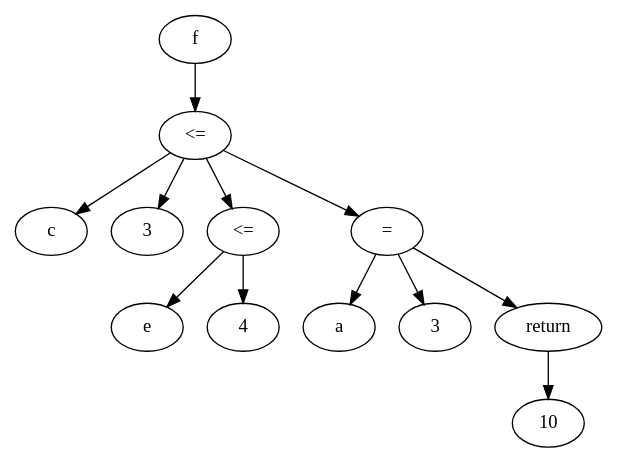
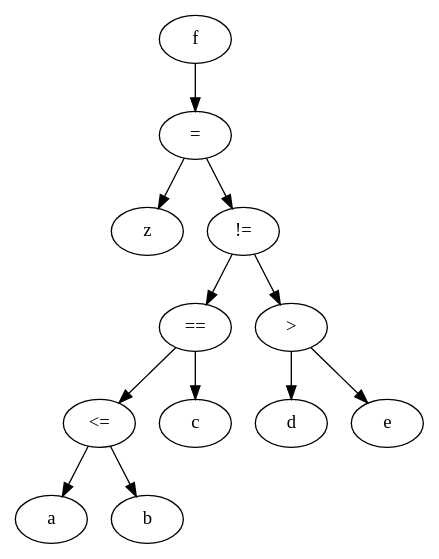
The diagram in etapa3/saida.dot (froestiago/compiladores), drawn with Graphviz before and after one commit. The commit also changed 10 other files, not shown here.

```diff
--- a/etapa3/saida.dot
+++ b/etapa3/saida.dot
@@ -1,25 +1,25 @@
 digraph grafo {
-  140700909852992 [ label="f" ];
-  140700909852992 -> 140700910895248;
-  140700910895248 [ label="<=" ];
-  140700910895248 -> 140700910895280;
-  140700910895280 [ label="c" ];
-  140700910895248 -> 140700909852960;
-  140700909852960 [ label="3" ];
-  140700910895248 -> 140700909853136;
-  140700909853136 [ label="<=" ];
-  140700909853136 -> 140700909853168;
-  140700909853168 [ label="e" ];
-  140700909853136 -> 140700909853088;
-  140700909853088 [ label="4" ];
-  140700910895248 -> 140700910895440;
-  140700910895440 [ label="=" ];
-  140700910895440 -> 140700910895472;
-  140700910895472 [ label="a" ];
-  140700910895440 -> 140700910895392;
-  140700910895392 [ label="3" ];
-  140700910895440 -> 140700910895600;
-  140700910895600 [ label="return" ];
-  140700910895600 -> 140700910895552;
-  140700910895552 [ label="10" ];
+  140510447551328 [ label="f" ];
+  140510447551328 -> 140510447551232;
+  140510447551232 [ label="=" ];
+  140510447551232 -> 140510447551264;
+  140510447551264 [ label="z" ];
+  140510447551232 -> 140510447551184;
+  140510447551184 [ label="!=" ];
+  140510447551184 -> 140510447550960;
+  140510447550960 [ label="==" ];
+  140510447550960 -> 140510447550848;
+  140510447550848 [ label="<=" ];
+  140510447550848 -> 140510447550752;
+  140510447550752 [ label="a" ];
+  140510447550848 -> 140510447550816;
+  140510447550816 [ label="b" ];
+  140510447550960 -> 140510447550928;
+  140510447550928 [ label="c" ];
+  140510447551184 -> 140510447551136;
+  140510447551136 [ label=">" ];
+  140510447551136 -> 140510447551040;
+  140510447551040 [ label="d" ];
+  140510447551136 -> 140510447551104;
+  140510447551104 [ label="e" ];
 }
```
